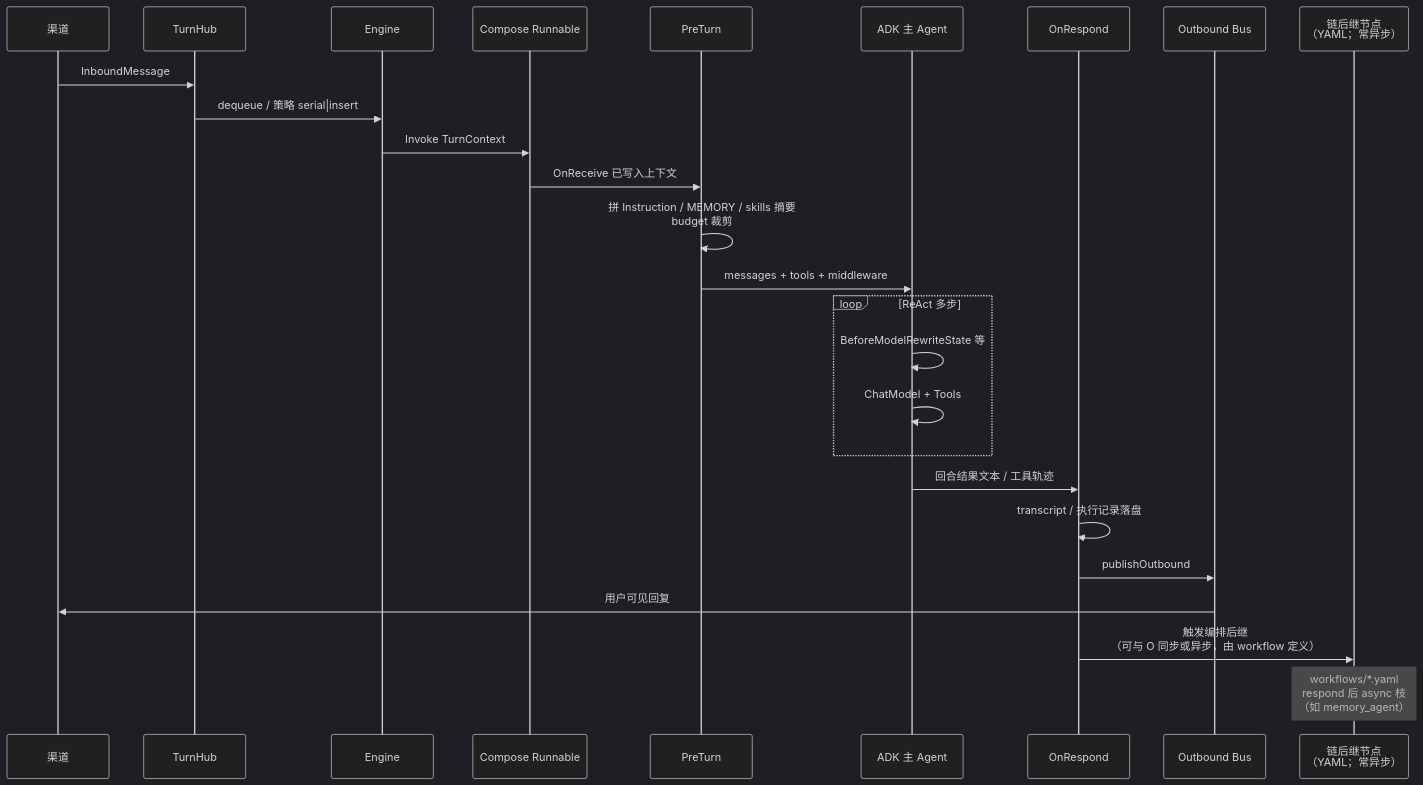
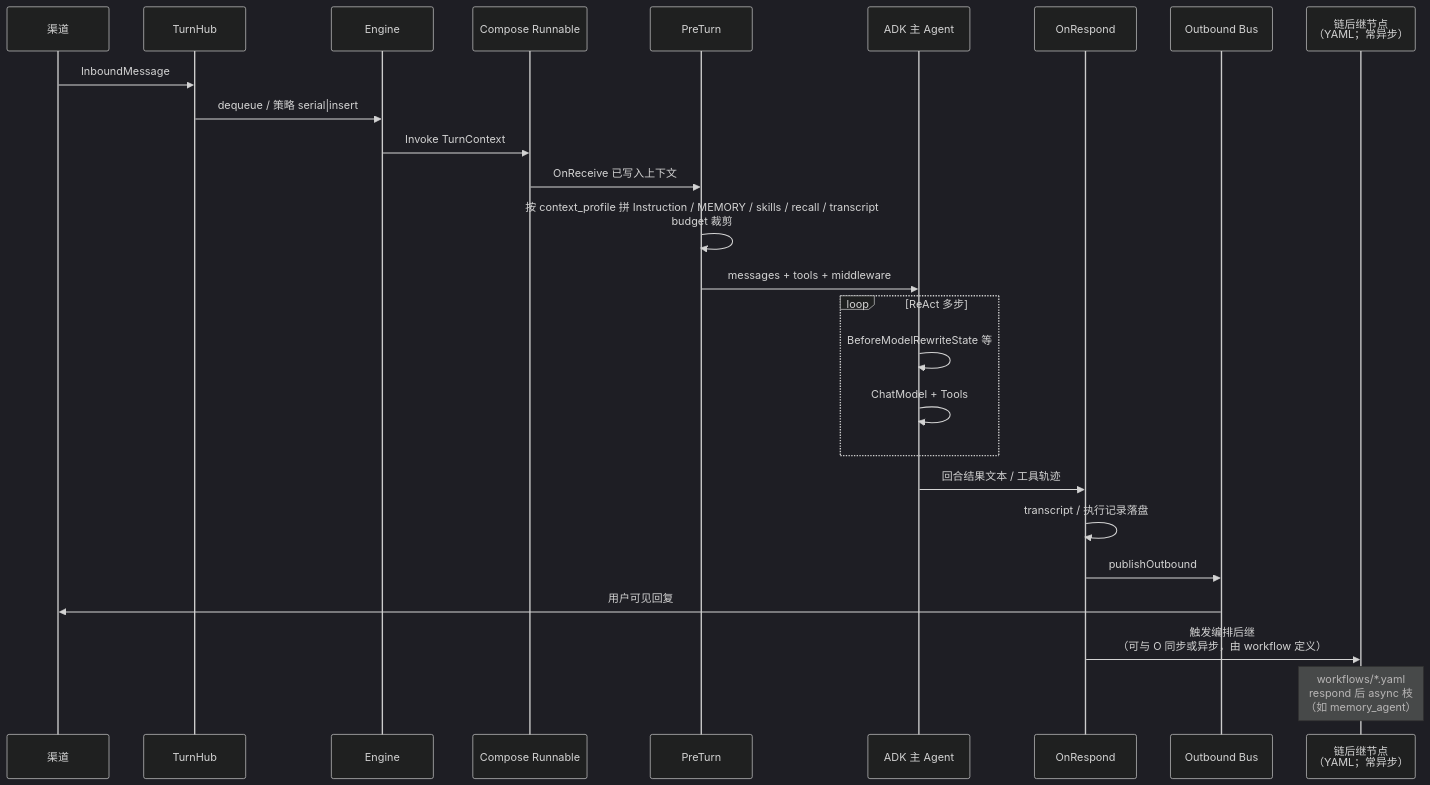
The second of 9 diagrams in docs/architecture.md (lengzhao/oneclaw), drawn with Mermaid (dark theme) before and after one commit. The commit also changed other lines of this file and 70 other files, not shown here.

````diff
--- a/docs/architecture.md
+++ b/docs/architecture.md
@@ -80,29 +80,29 @@
 ```mermaid
 sequenceDiagram
   participant Ch as 渠道
   participant TH as TurnHub
   participant E as Engine
   participant R as Compose Runnable
   participant P as PreTurn
   participant A as ADK 主 Agent
   participant O as OnRespond
   participant Bus as Outbound Bus
   participant PT as 链后继节点<br/>（YAML；常异步）
 
   Ch->>TH: InboundMessage
   TH->>E:  dequeue / 策略 serial|insert
   E->>R: Invoke TurnContext
   R->>P: OnReceive 已写入上下文
-  P->>P: 拼 Instruction / MEMORY / skills 摘要<br/>budget 裁剪
+  P->>P: 按 context_profile 拼 Instruction / MEMORY / skills / recall / transcript<br/>budget 裁剪
   P->>A: messages + tools + middleware
   loop ReAct 多步
     A->>A: BeforeModelRewriteState 等
     A->>A: ChatModel + Tools
   end
   A->>O: 回合结果文本 / 工具轨迹
   O->>O: transcript / 执行记录落盘
   O->>Bus: publishOutbound
   Bus->>Ch: 用户可见回复
   O->>PT: 触发编排后继<br/>（可与 O 同步或异步，由 workflow 定义）
   Note over PT: workflows/*.yaml<br/>respond 后 async 枝<br/>（如 memory_agent）
 ```
````
